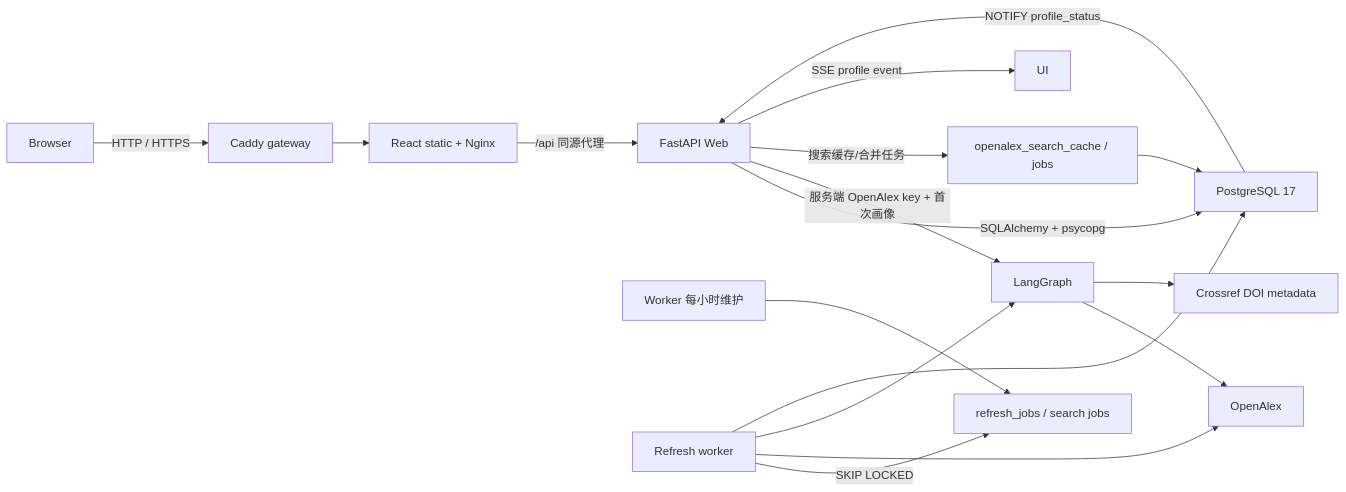
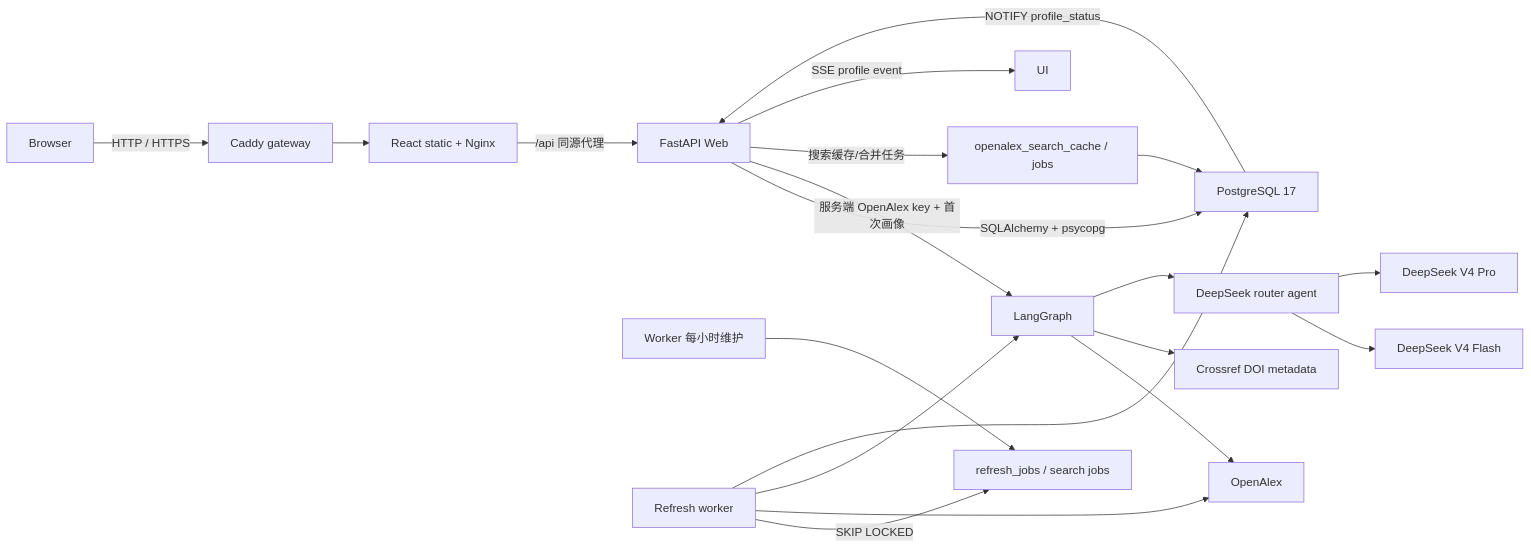
One commit to AlexYuanch/scholar_search changed the diagram in docs/ARCHITECTURE.md. Above: the diagram before and after it, drawn with Mermaid. The commit also changed other lines of this file and 20 other files, not shown here.

Commit message:
[agent] 添加 DeepSeek 多 Agent 学术分析

````diff
--- a/docs/ARCHITECTURE.md
+++ b/docs/ARCHITECTURE.md
@@ -5,19 +5,22 @@
 ```mermaid
 flowchart LR
   CLIENT["Browser"] -->|"HTTP / HTTPS"| CADDY["Caddy gateway"]
   CADDY --> NGINX["React static + Nginx"]
   NGINX -->|"/api 同源代理"| API["FastAPI Web"]
   API -->|"SQLAlchemy + psycopg"| PG["PostgreSQL 17"]
   API -->|"服务端 OpenAlex key + 首次画像"| WF["LangGraph"]
   API -->|"搜索缓存/合并任务"| SEARCH["openalex_search_cache / jobs"]
   SEARCH --> PG
   WF --> OA["OpenAlex"]
   WF --> CR["Crossref DOI metadata"]
+  WF --> ROUTER["DeepSeek router agent"]
+  ROUTER --> FLASH["DeepSeek V4 Flash"]
+  ROUTER --> PRO["DeepSeek V4 Pro"]
   MAINT["Worker 每小时维护"] --> JOB["refresh_jobs / search jobs"]
   WORKER["Refresh worker"] -->|"SKIP LOCKED"| JOB
   WORKER --> OA
   WORKER --> WF
   WORKER --> PG
   PG -->|"NOTIFY profile_status"| API
   API -->|"SSE profile event"| UI
 ```
````
